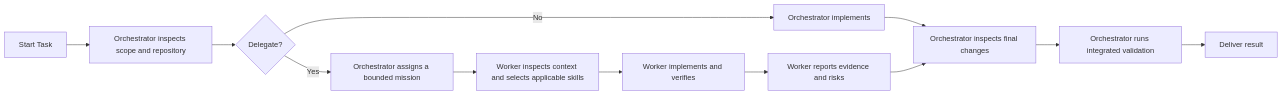
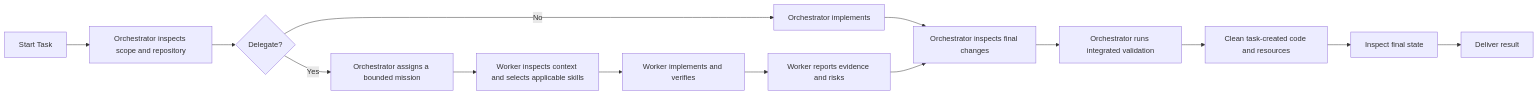
The third of 3 diagrams in README.md (madsoftwaredev/opencode-config), drawn with Mermaid before and after one commit. The commit also changed other lines of this file and 1 other file, not shown here.

Commit message:
feat: require orchestrator cleanup before delivery

````diff
--- a/README.md
+++ b/README.md
@@ -413,14 +413,16 @@
 ```mermaid
 flowchart LR
     A[Start Task] --> B[Orchestrator inspects scope and repository]
     B --> C{Delegate?}
     C -->|No| D[Orchestrator implements]
     C -->|Yes| E[Orchestrator assigns a bounded mission]
     E --> F[Worker inspects context and selects applicable skills]
     F --> G[Worker implements and verifies]
     G --> H[Worker reports evidence and risks]
     D --> I[Orchestrator inspects final changes]
     H --> I
     I --> J[Orchestrator runs integrated validation]
-    J --> K[Deliver result]
+    J --> K[Clean task-created code and resources]
+    K --> L[Inspect final state]
+    L --> M[Deliver result]
 ```
````
